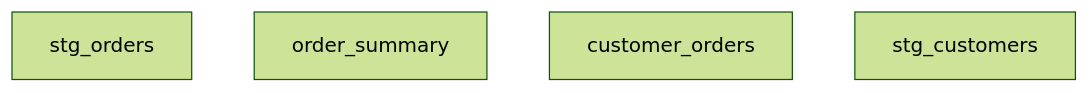
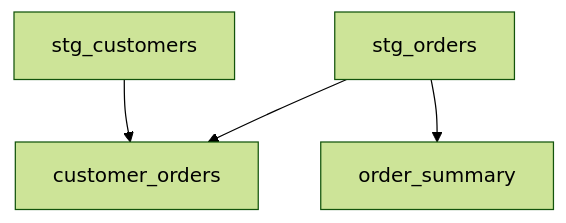
One commit to definite-app/crabwalk changed the diagram in examples/simple/lineage.mmd. Above: the diagram before and after it, drawn with Mermaid (forest theme). The commit also changed 56 other files, not shown here.

```diff
--- a/examples/simple/lineage.mmd
+++ b/examples/simple/lineage.mmd
@@ -1,5 +1,8 @@
 graph TD
+    customer_orders
+    order_summary
+    stg_customers
     stg_orders
-    order_summary
-    customer_orders
-    stg_customers
+    stg_orders --> customer_orders
+    stg_customers --> customer_orders
+    stg_orders --> order_summary
```
